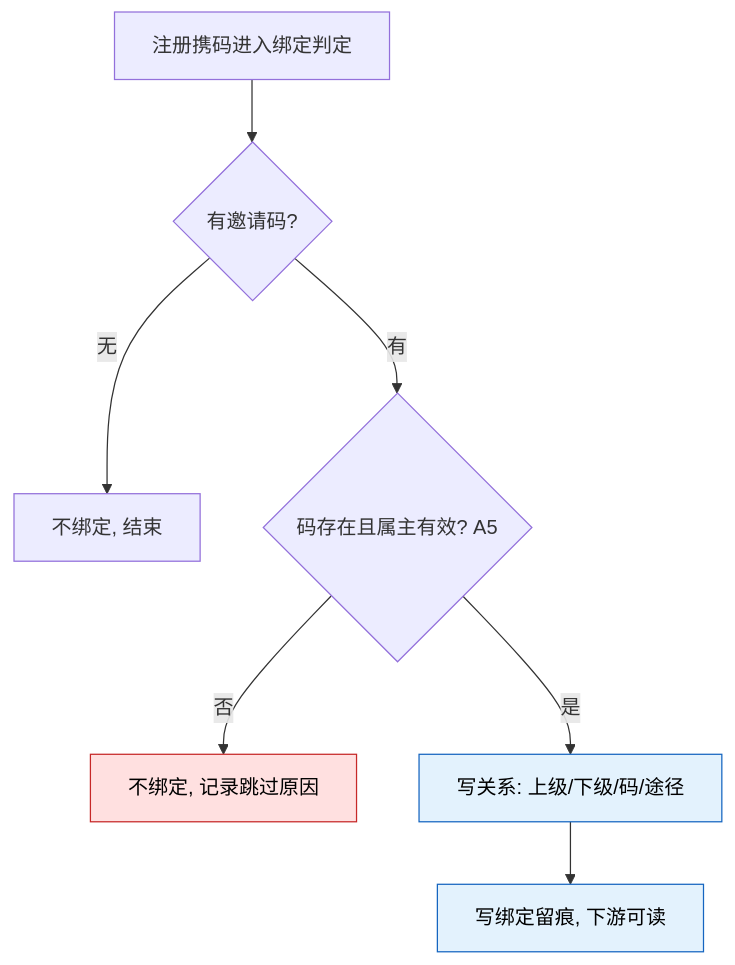
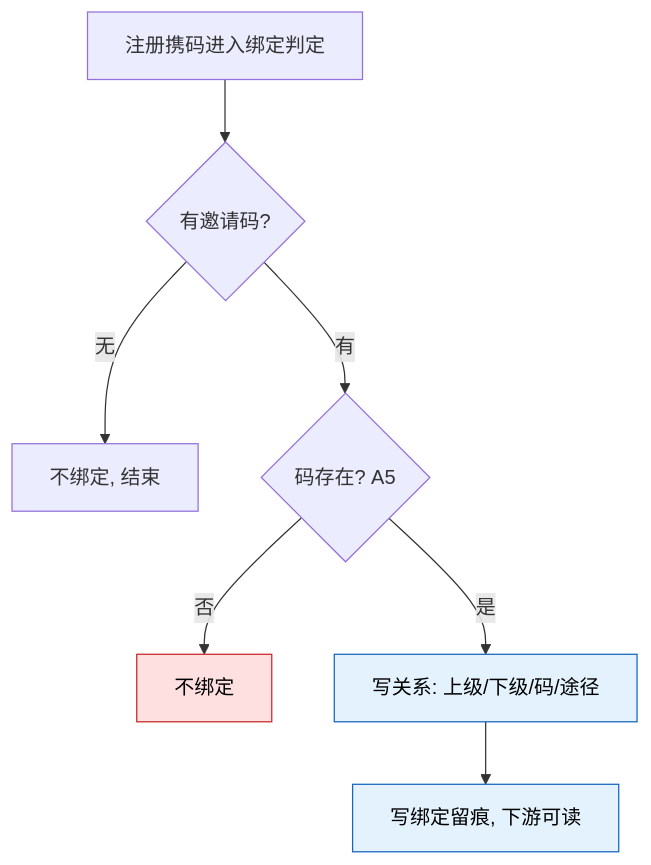
The diagram in M7-代理管理/7.3-代理列表/README.md (bingo-lab-1/bingo-figma), drawn with Mermaid before and after one commit. The commit also changed other lines of this file and 157 other files, not shown here.

````diff
--- a/M7-代理管理/7.3-代理列表/README.md
+++ b/M7-代理管理/7.3-代理列表/README.md
@@ -134,14 +155,14 @@
 ```mermaid
 flowchart TD
     A[注册携码进入绑定判定] --> B{有邀请码?}
     B -->|无| C[不绑定, 结束]
-    B -->|有| D{码存在且属主有效? A5}
-    D -->|否| E[不绑定, 记录跳过原因]
+    B -->|有| D{码存在? A5}
+    D -->|否| E[不绑定]
     D -->|是| F[写关系: 上级/下级/码/途径]
     F --> G[写绑定留痕, 下游可读]
 
     classDef risk fill:#ffe0e0,stroke:#c62828,color:#000
     classDef safe fill:#e3f2fd,stroke:#1565c0,color:#000
     class E risk
     class F,G safe
 ```
````
